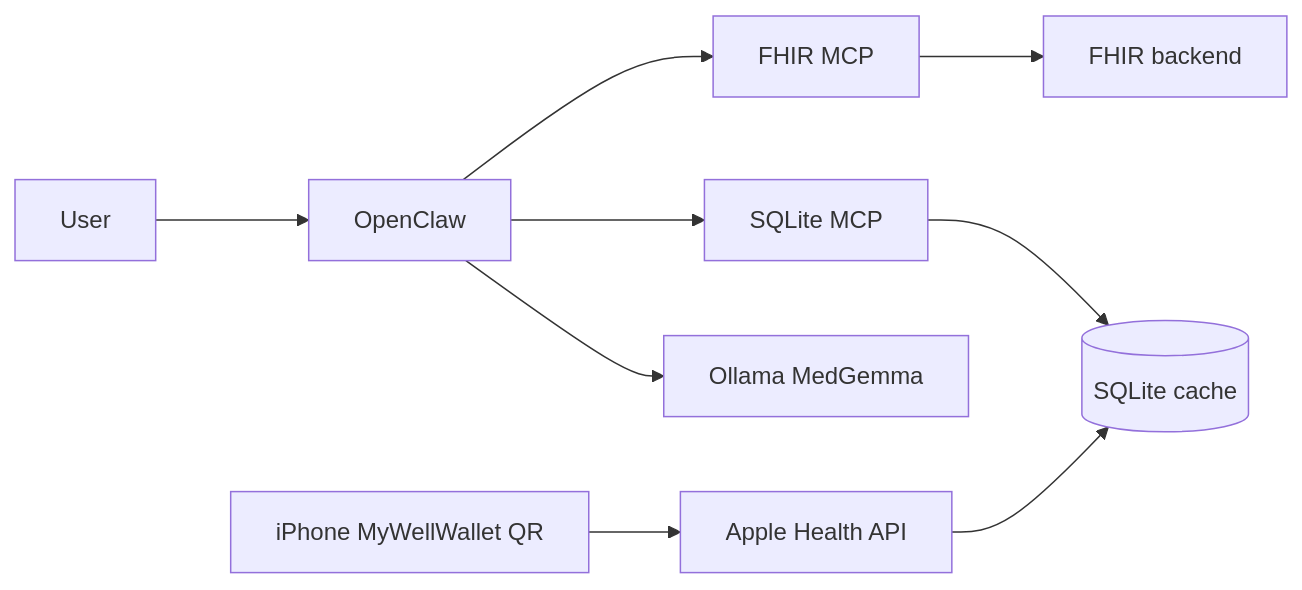
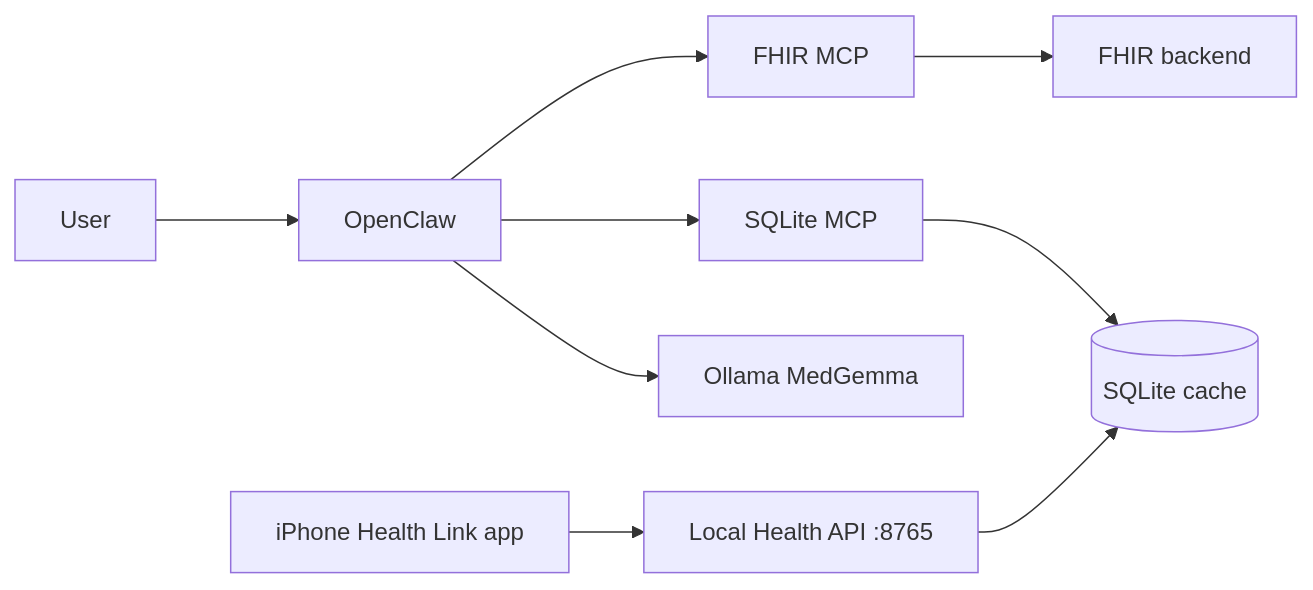
The diagram in Openclaw_Health_Assistant/README.md (CGU-AI4Humanity/openclaw_health_wallet), drawn with Mermaid before and after one commit. The commit also changed other lines of this file and 11 other files, not shown here.

First line of the commit message:
Add setup wizard prototype and Apple Health QR pairing design.

````diff
--- a/Openclaw_Health_Assistant/README.md
+++ b/Openclaw_Health_Assistant/README.md
@@ -35,11 +35,11 @@
 ```mermaid
 flowchart LR
   U[User] --> OC[OpenClaw]
   OC --> MG[Ollama MedGemma]
   OC --> SMCP[SQLite MCP]
   OC --> FMCP[FHIR MCP]
   SMCP --> DB[(SQLite cache)]
-  PH[iPhone MyWellWallet QR] --> API[Apple Health API]
+  PH[iPhone Health Link app] --> API[Local Health API :8765]
   API --> DB
   FMCP --> EHR[FHIR backend]
 ```
````
